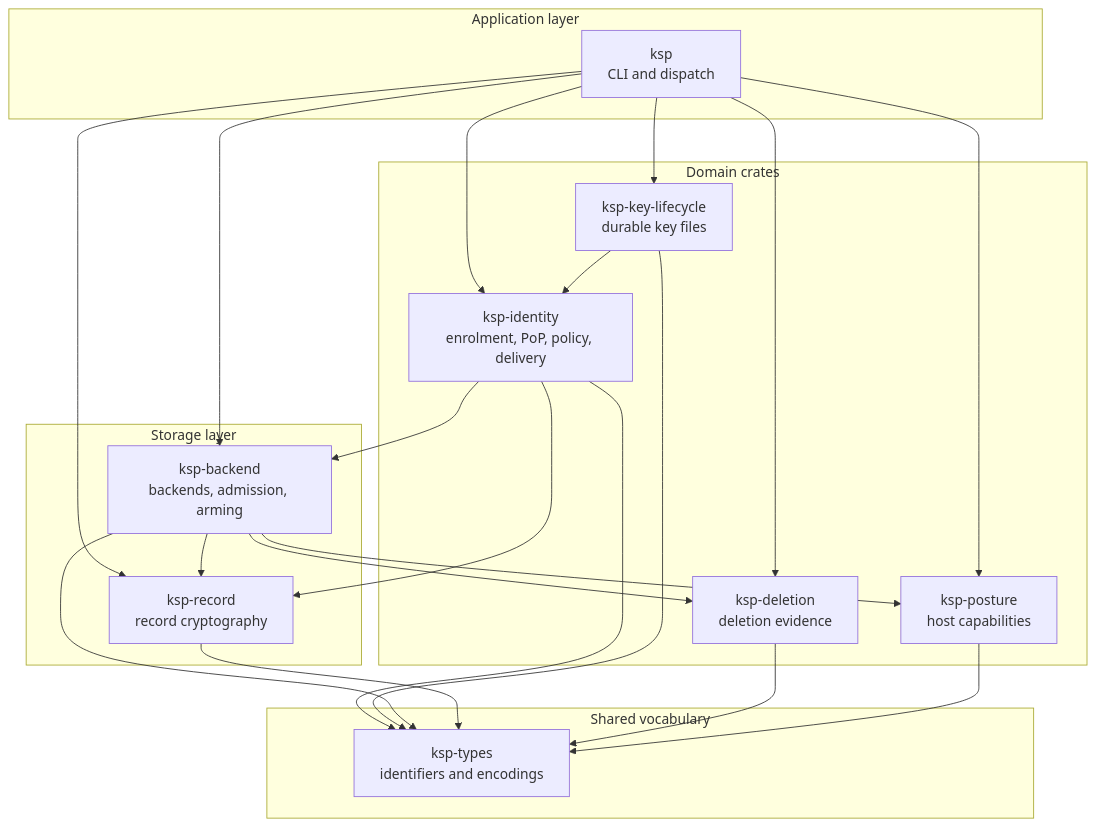
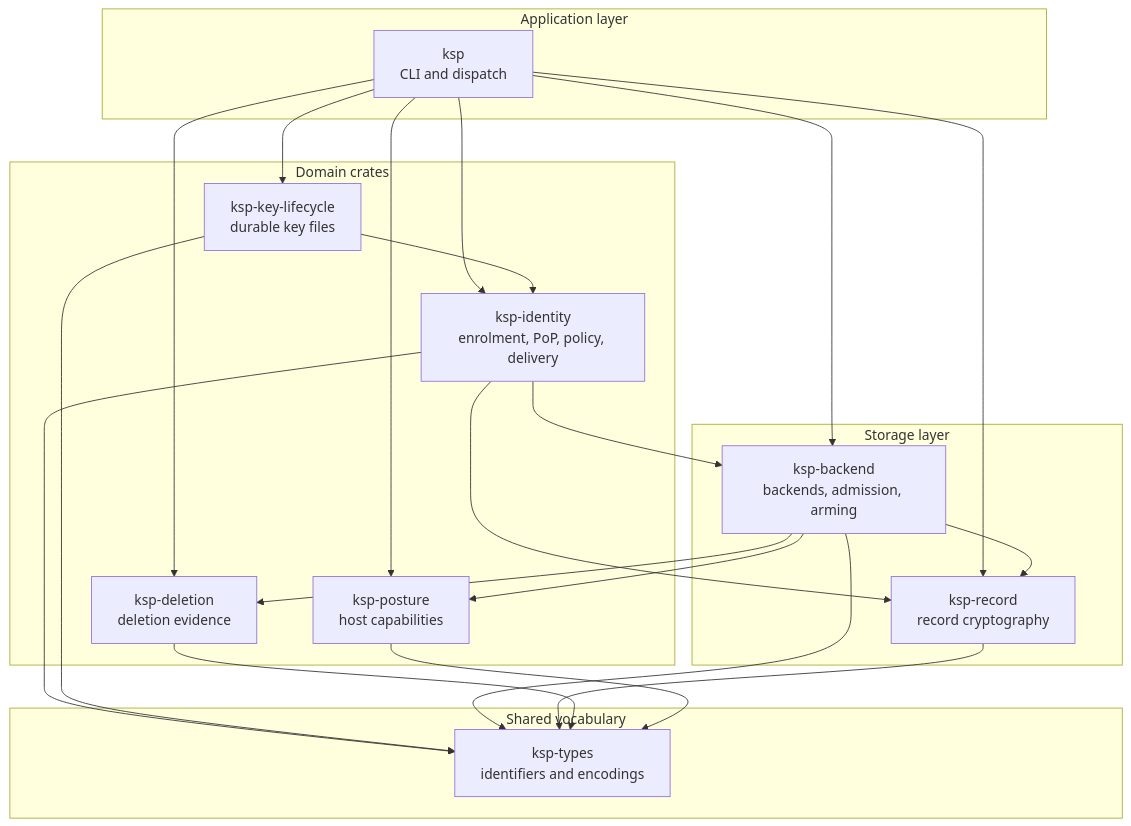
The second of 2 diagrams in site/docs/index.md (bruj0/keyspout), drawn with Mermaid before and after one commit. The commit also changed 22 other files, not shown here.

First line of the commit message:
feat(site): zoom every diagram, and make the wide ones vertical (#21)

````diff
--- a/site/docs/index.md
+++ b/site/docs/index.md
@@ -139,41 +139,44 @@
 ```mermaid
 graph TB
   subgraph Top["Application layer"]
     CLI["ksp<br/>CLI and dispatch"]
   end
 
   subgraph Domain["Domain crates"]
     ID["ksp-identity<br/>enrolment, PoP, policy, delivery"]
     LIFE["ksp-key-lifecycle<br/>durable key files"]
     DEL["ksp-deletion<br/>deletion evidence"]
     POST["ksp-posture<br/>host capabilities"]
   end
 
   subgraph Storage["Storage layer"]
     BACK["ksp-backend<br/>backends, admission, arming"]
     REC["ksp-record<br/>record cryptography"]
   end
 
   subgraph Base["Shared vocabulary"]
     TYPES["ksp-types<br/>identifiers and encodings"]
   end
 
   CLI --> ID
   CLI --> LIFE
   CLI --> DEL
   CLI --> POST
   CLI --> BACK
   CLI --> REC
   ID --> BACK
   ID --> REC
   ID --> TYPES
   LIFE --> ID
   LIFE --> TYPES
   BACK --> REC
   BACK --> DEL
   BACK --> POST
   BACK --> TYPES
   REC --> TYPES
   DEL --> TYPES
   POST --> TYPES
+  Top ~~~ Domain
+  Domain ~~~ Storage
+  Storage ~~~ Base
 ```
````
